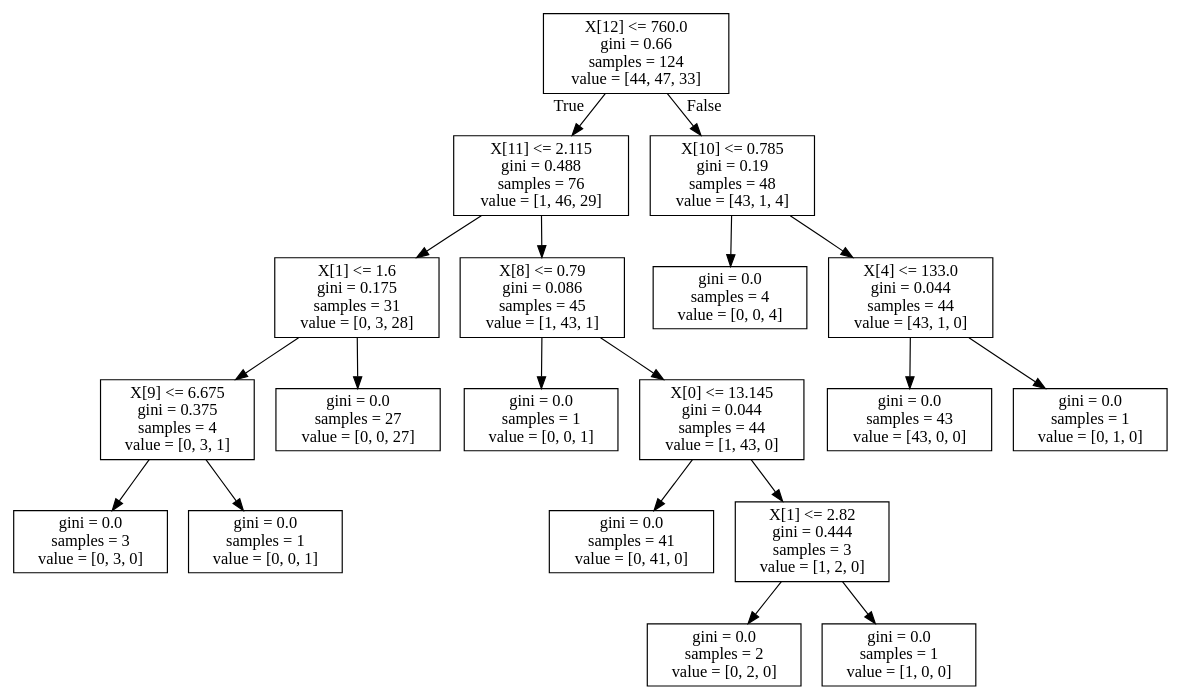
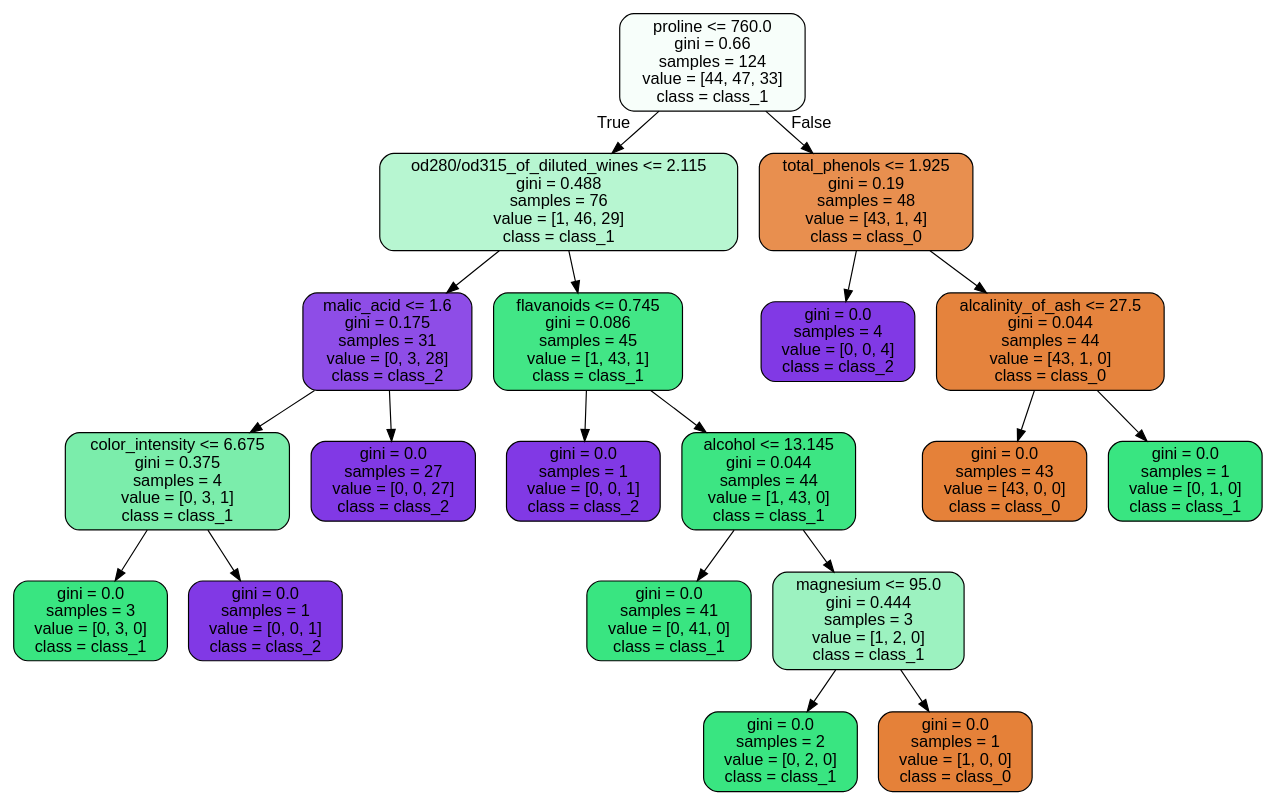
Before and after one commit to msdnqqy/LearningSkill: the diagram in 决策树/tree_model.dot, drawn with Graphviz. The commit also changed 5 other files, not shown here.

```diff
--- a/决策树/tree_model.dot
+++ b/决策树/tree_model.dot
@@ -1,40 +1,41 @@
 digraph Tree {
-node [shape=box] ;
-0 [label="X[12] <= 760.0\ngini = 0.66\nsamples = 124\nvalue = [44, 47, 33]"] ;
-1 [label="X[11] <= 2.115\ngini = 0.488\nsamples = 76\nvalue = [1, 46, 29]"] ;
+node [shape=box, style="filled, rounded", color="black", fontname=helvetica] ;
+edge [fontname=helvetica] ;
+0 [label="proline <= 760.0\ngini = 0.66\nsamples = 124\nvalue = [44, 47, 33]\nclass = class_1", fillcolor="#39e5810a"] ;
+1 [label="od280/od315_of_diluted_wines <= 2.115\ngini = 0.488\nsamples = 76\nvalue = [1, 46, 29]\nclass = class_1", fillcolor="#39e5815c"] ;
 0 -> 1 [labeldistance=2.5, labelangle=45, headlabel="True"] ;
-2 [label="X[1] <= 1.6\ngini = 0.175\nsamples = 31\nvalue = [0, 3, 28]"] ;
+2 [label="malic_acid <= 1.6\ngini = 0.175\nsamples = 31\nvalue = [0, 3, 28]\nclass = class_2", fillcolor="#8139e5e4"] ;
 1 -> 2 ;
-3 [label="X[9] <= 6.675\ngini = 0.375\nsamples = 4\nvalue = [0, 3, 1]"] ;
+3 [label="color_intensity <= 6.675\ngini = 0.375\nsamples = 4\nvalue = [0, 3, 1]\nclass = class_1", fillcolor="#39e581aa"] ;
 2 -> 3 ;
-4 [label="gini = 0.0\nsamples = 3\nvalue = [0, 3, 0]"] ;
+4 [label="gini = 0.0\nsamples = 3\nvalue = [0, 3, 0]\nclass = class_1", fillcolor="#39e581ff"] ;
 3 -> 4 ;
-5 [label="gini = 0.0\nsamples = 1\nvalue = [0, 0, 1]"] ;
+5 [label="gini = 0.0\nsamples = 1\nvalue = [0, 0, 1]\nclass = class_2", fillcolor="#8139e5ff"] ;
 3 -> 5 ;
-6 [label="gini = 0.0\nsamples = 27\nvalue = [0, 0, 27]"] ;
+6 [label="gini = 0.0\nsamples = 27\nvalue = [0, 0, 27]\nclass = class_2", fillcolor="#8139e5ff"] ;
 2 -> 6 ;
-7 [label="X[8] <= 0.79\ngini = 0.086\nsamples = 45\nvalue = [1, 43, 1]"] ;
+7 [label="flavanoids <= 0.745\ngini = 0.086\nsamples = 45\nvalue = [1, 43, 1]\nclass = class_1", fillcolor="#39e581f3"] ;
 1 -> 7 ;
-8 [label="gini = 0.0\nsamples = 1\nvalue = [0, 0, 1]"] ;
+8 [label="gini = 0.0\nsamples = 1\nvalue = [0, 0, 1]\nclass = class_2", fillcolor="#8139e5ff"] ;
 7 -> 8 ;
-9 [label="X[0] <= 13.145\ngini = 0.044\nsamples = 44\nvalue = [1, 43, 0]"] ;
+9 [label="alcohol <= 13.145\ngini = 0.044\nsamples = 44\nvalue = [1, 43, 0]\nclass = class_1", fillcolor="#39e581f9"] ;
 7 -> 9 ;
-10 [label="gini = 0.0\nsamples = 41\nvalue = [0, 41, 0]"] ;
+10 [label="gini = 0.0\nsamples = 41\nvalue = [0, 41, 0]\nclass = class_1", fillcolor="#39e581ff"] ;
 9 -> 10 ;
-11 [label="X[1] <= 2.82\ngini = 0.444\nsamples = 3\nvalue = [1, 2, 0]"] ;
+11 [label="magnesium <= 95.0\ngini = 0.444\nsamples = 3\nvalue = [1, 2, 0]\nclass = class_1", fillcolor="#39e5817f"] ;
 9 -> 11 ;
-12 [label="gini = 0.0\nsamples = 2\nvalue = [0, 2, 0]"] ;
+12 [label="gini = 0.0\nsamples = 2\nvalue = [0, 2, 0]\nclass = class_1", fillcolor="#39e581ff"] ;
 11 -> 12 ;
-13 [label="gini = 0.0\nsamples = 1\nvalue = [1, 0, 0]"] ;
+13 [label="gini = 0.0\nsamples = 1\nvalue = [1, 0, 0]\nclass = class_0", fillcolor="#e58139ff"] ;
 11 -> 13 ;
-14 [label="X[10] <= 0.785\ngini = 0.19\nsamples = 48\nvalue = [43, 1, 4]"] ;
+14 [label="total_phenols <= 1.925\ngini = 0.19\nsamples = 48\nvalue = [43, 1, 4]\nclass = class_0", fillcolor="#e58139e2"] ;
 0 -> 14 [labeldistance=2.5, labelangle=-45, headlabel="False"] ;
-15 [label="gini = 0.0\nsamples = 4\nvalue = [0, 0, 4]"] ;
+15 [label="gini = 0.0\nsamples = 4\nvalue = [0, 0, 4]\nclass = class_2", fillcolor="#8139e5ff"] ;
 14 -> 15 ;
-16 [label="X[4] <= 133.0\ngini = 0.044\nsamples = 44\nvalue = [43, 1, 0]"] ;
+16 [label="alcalinity_of_ash <= 27.5\ngini = 0.044\nsamples = 44\nvalue = [43, 1, 0]\nclass = class_0", fillcolor="#e58139f9"] ;
 14 -> 16 ;
-17 [label="gini = 0.0\nsamples = 43\nvalue = [43, 0, 0]"] ;
+17 [label="gini = 0.0\nsamples = 43\nvalue = [43, 0, 0]\nclass = class_0", fillcolor="#e58139ff"] ;
 16 -> 17 ;
-18 [label="gini = 0.0\nsamples = 1\nvalue = [0, 1, 0]"] ;
+18 [label="gini = 0.0\nsamples = 1\nvalue = [0, 1, 0]\nclass = class_1", fillcolor="#39e581ff"] ;
 16 -> 18 ;
 }
```
